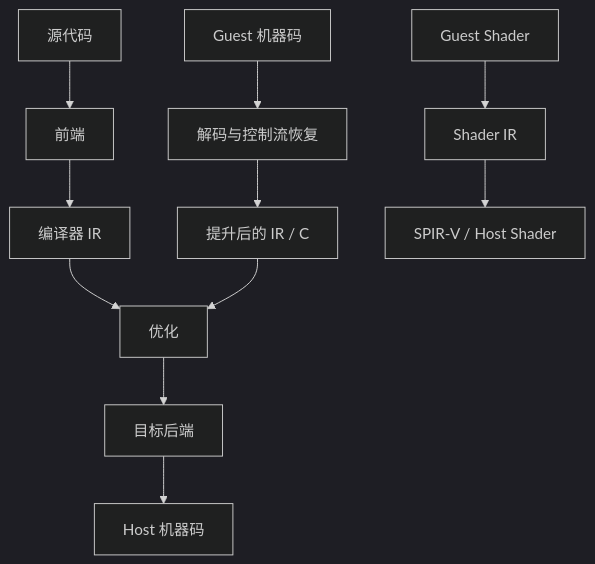
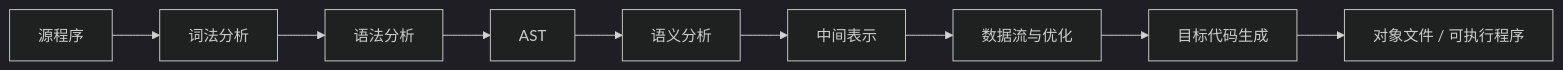
One commit to Tiansuanyu/notes changed the diagram in computer-systems/compilers/index.md. Above: the diagram before and after it, drawn with Mermaid (dark theme). The commit also changed other lines of this file and 20 other files, not shown here.

````diff
--- a/computer-systems/compilers/index.md
+++ b/computer-systems/compilers/index.md
@@ -11,13 +11,11 @@
 ```mermaid
-flowchart TB
-    S[源代码] --> FE[前端]
-    FE --> IR[编译器 IR]
-    G[Guest 机器码] --> D[解码与控制流恢复]
-    D --> LIR[提升后的 IR / C]
-    IR --> O[优化]
-    LIR --> O
-    O --> B[目标后端]
-    B --> H[Host 机器码]
-    SH[Guest Shader] --> SIR[Shader IR]
-    SIR --> SPV[SPIR-V / Host Shader]
+flowchart LR
+    S[源程序] --> L[词法分析]
+    L --> P[语法分析]
+    P --> A[AST]
+    A --> M[语义分析]
+    M --> I[中间表示]
+    I --> D[数据流与优化]
+    D --> C[目标代码生成]
+    C --> O[对象文件 / 可执行程序]
 ```
````
